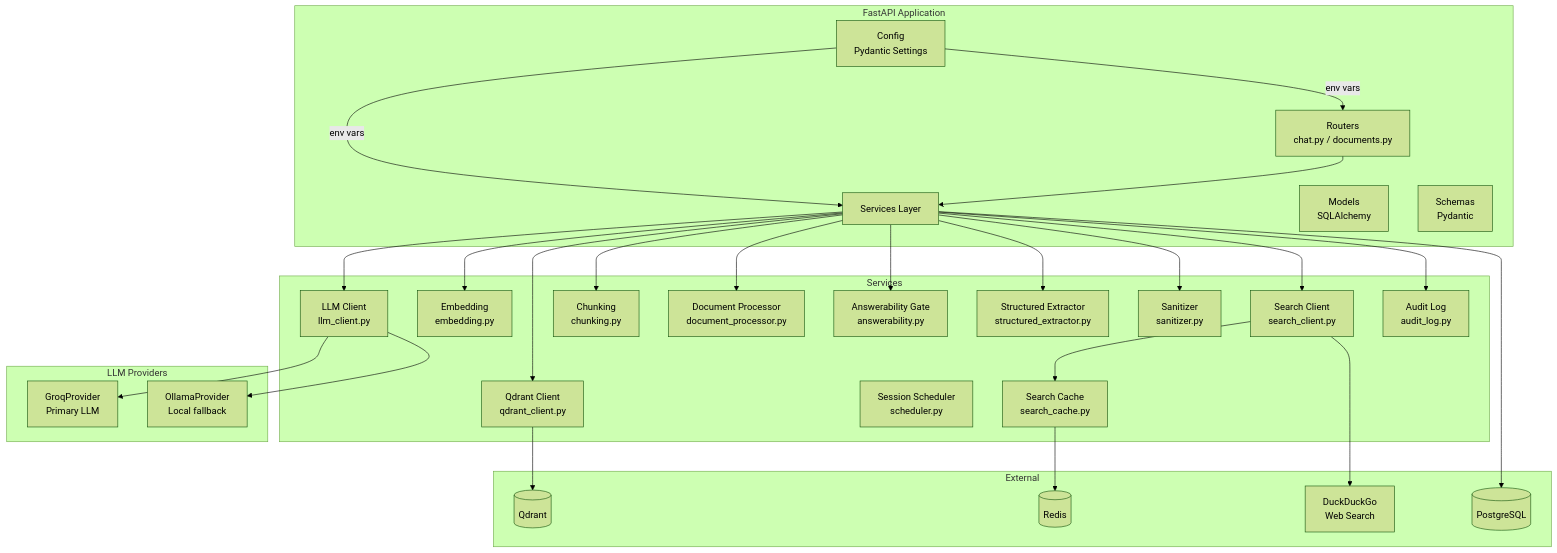
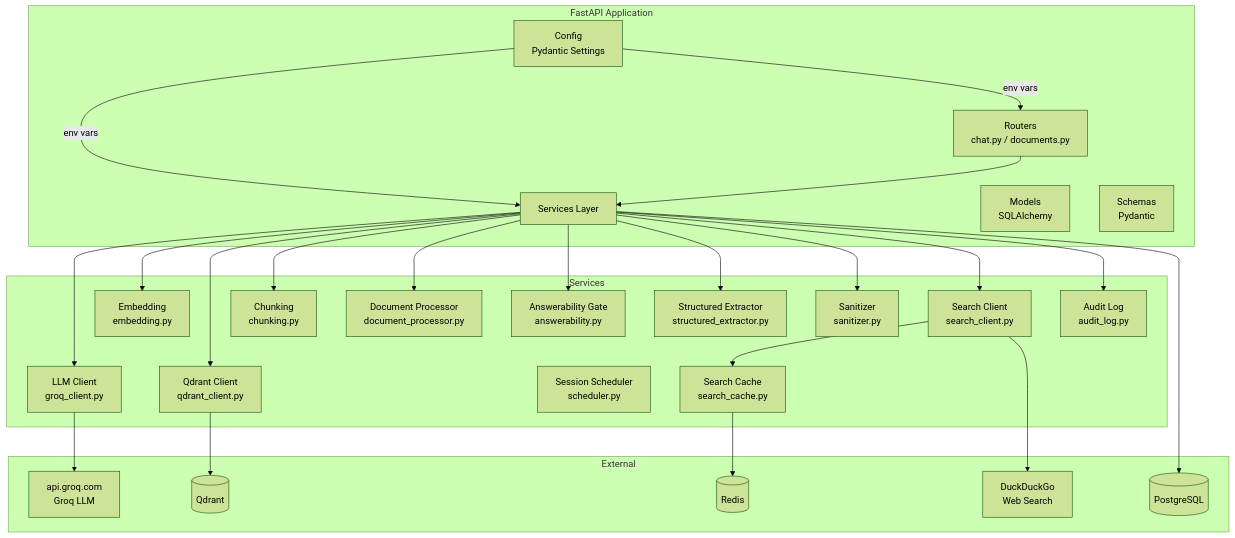
Before and after one commit to zidanbrilliant/chatbot-rag: the second of 8 diagrams in README.md, drawn with Mermaid (forest theme). The commit also changed other lines of this file, not shown here.

````diff
--- a/README.md
+++ b/README.md
@@ -97,58 +97,53 @@
 ```mermaid
 graph TB
     subgraph "FastAPI Application"
         RT[Routers<br/>chat.py / documents.py]
         SR[Services Layer]
         MD[Models<br/>SQLAlchemy]
         SC[Schemas<br/>Pydantic]
         CFG[Config<br/>Pydantic Settings]
     end
 
     subgraph "Services"
-        LLM[LLM Client<br/>llm_client.py]
+        LLM[LLM Client<br/>groq_client.py]
         EMD[Embedding<br/>embedding.py]
         QDR[Qdrant Client<br/>qdrant_client.py]
         CHK[Chunking<br/>chunking.py]
         DOCP[Document Processor<br/>document_processor.py]
         ANS[Answerability Gate<br/>answerability.py]
         STR[Structured Extractor<br/>structured_extractor.py]
         SAN[Sanitizer<br/>sanitizer.py]
         SCH[Session Scheduler<br/>scheduler.py]
         SRC[Search Client<br/>search_client.py]
         SCA[Search Cache<br/>search_cache.py]
         AUD[Audit Log<br/>audit_log.py]
     end
 
-    subgraph "LLM Providers"
-        OLL[OllamaProvider<br/>Local fallback]
-        GR[GroqProvider<br/>Primary LLM]
-    end
-
     subgraph "External"
         QD[(Qdrant)]
         DB[(PostgreSQL)]
         RD[(Redis)]
+        GR["api.groq.com<br/>Groq LLM"]
         DDG[DuckDuckGo<br/>Web Search]
     end
 
     RT --> SR
     SR --> LLM
     SR --> EMD
     SR --> QDR
     SR --> CHK
     SR --> DOCP
     SR --> ANS
     SR --> STR
     SR --> SAN
     SR --> SRC
     SRC --> SCA
     SRC --> DDG
     SCA --> RD
     SR --> AUD
     LLM --> GR
-    LLM --> OLL
     QDR --> QD
     SR --> DB
     CFG -->|env vars| SR
     CFG -->|env vars| RT
 ```
````
